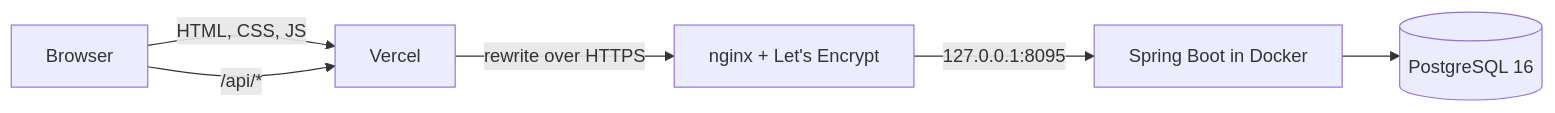
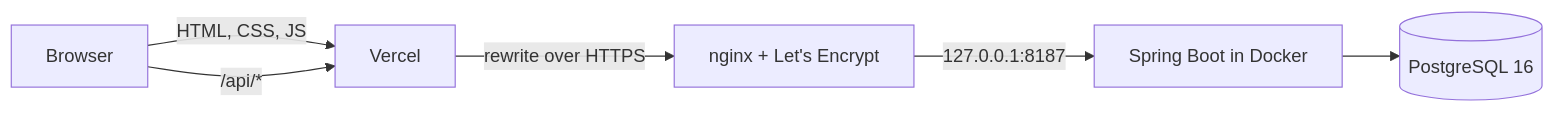
Before and after one commit to theamir29/payflow: the diagram in README.md, drawn with Mermaid. The commit also changed 3 other files, not shown here.

````diff
--- a/README.md
+++ b/README.md
@@ -140,8 +140,8 @@
 ```mermaid
 flowchart LR
     B[Browser] -->|HTML, CSS, JS| V[Vercel]
     B -->|/api/*| V
     V -->|rewrite over HTTPS| N[nginx + Let's Encrypt]
-    N -->|127.0.0.1:8095| A[Spring Boot in Docker]
+    N -->|127.0.0.1:8187| A[Spring Boot in Docker]
     A --> P[(PostgreSQL 16)]
 ```
````
